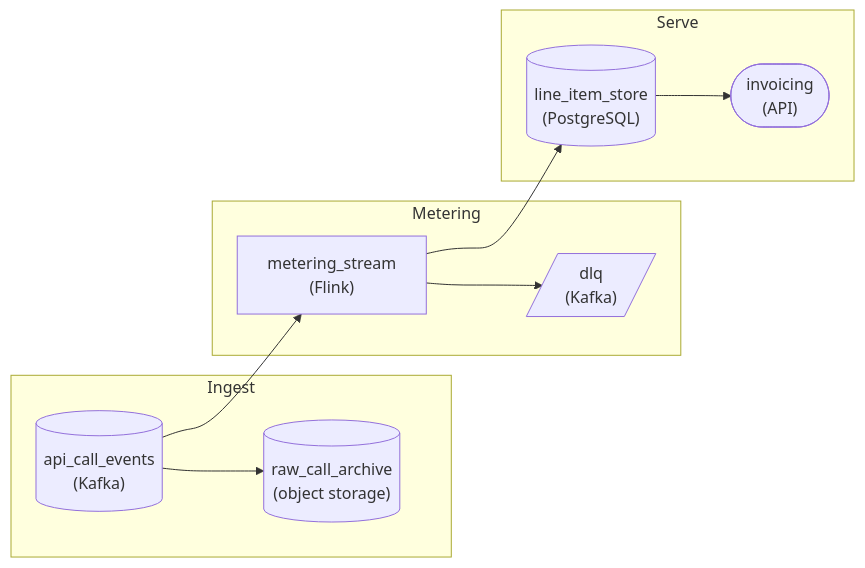
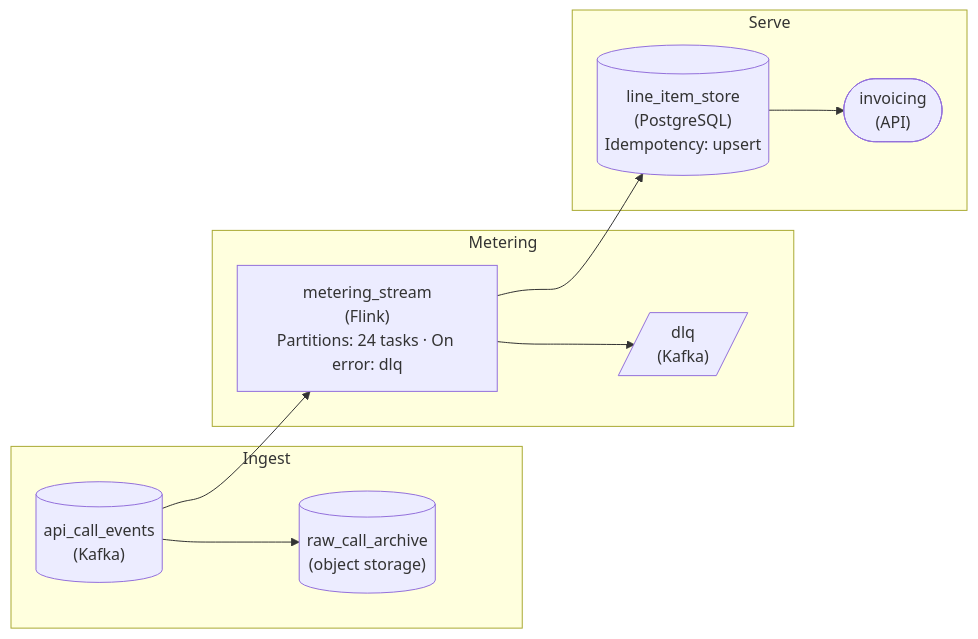
The third of 4 diagrams in lesson_preview/interview/architecture/pipeline_streaming_systems_intermediate.md (Dulain-Willis/study-helper), drawn with Mermaid before and after one commit. The commit also changed 26 other files, not shown here.

First line of the commit message:
Mermaid diagrams: show tags and extra values inside each node (#43)

````diff
--- a/lesson_preview/interview/architecture/pipeline_streaming_systems_intermediate.md
+++ b/lesson_preview/interview/architecture/pipeline_streaming_systems_intermediate.md
@@ -740,20 +740,20 @@
 ```mermaid
 flowchart LR
     subgraph L0["Ingest"]
         n0[("api_call_events<br/>(Kafka)")]
         n1[("raw_call_archive<br/>(object storage)")]
     end
     subgraph L1["Metering"]
-        n2["metering_stream<br/>(Flink)"]
+        n2["metering_stream<br/>(Flink)<br/>Partitions: 24 tasks · On error: dlq"]
         n3[/"dlq<br/>(Kafka)"/]
     end
     subgraph L2["Serve"]
-        n4[("line_item_store<br/>(PostgreSQL)")]
+        n4[("line_item_store<br/>(PostgreSQL)<br/>Idempotency: upsert")]
         n5(["invoicing<br/>(API)"])
     end
     n0 --> n2
     n0 --> n1
     n2 --> n4
     n2 --> n3
     n4 --> n5
 ```
````
